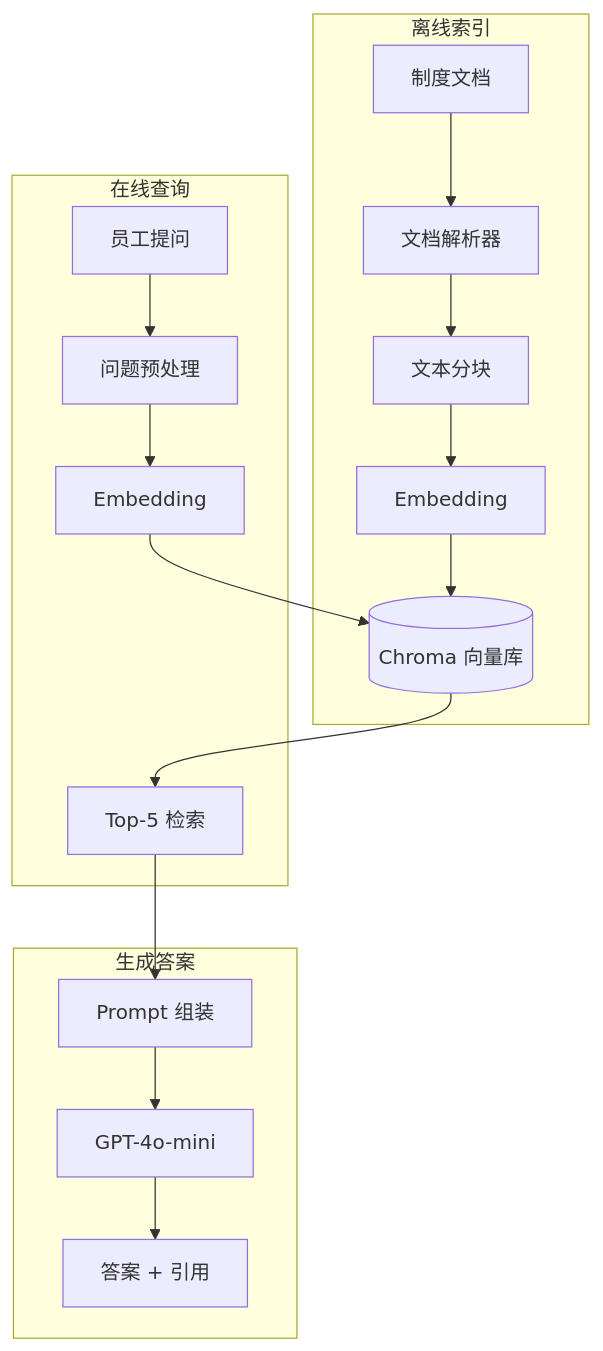
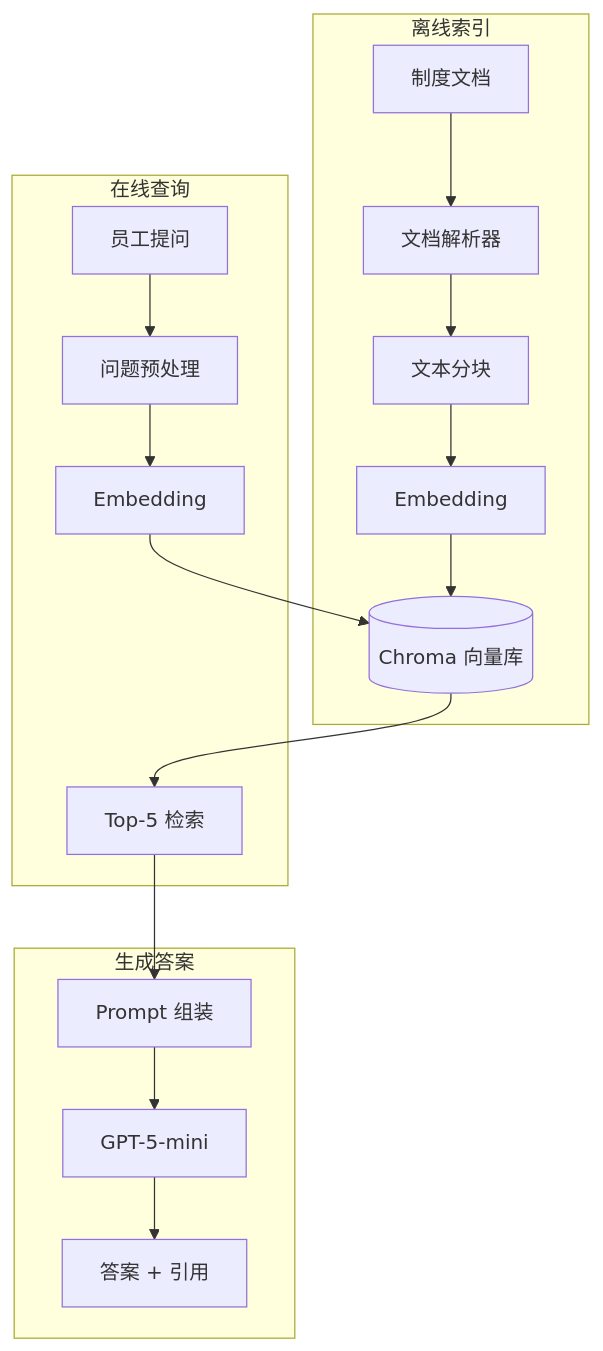
Before and after one commit to KMaybe01/interview-demo: the ninth of 18 diagrams in docs/S5-AI/03-课程实战/01-RAG全栈技术实战.md, drawn with Mermaid. The commit also changed other lines of this file and 24 other files, not shown here.

````diff
--- a/docs/S5-AI/03-课程实战/01-RAG全栈技术实战.md
+++ b/docs/S5-AI/03-课程实战/01-RAG全栈技术实战.md
@@ -560,20 +562,20 @@
 ```mermaid
 graph TB
     subgraph 离线索引
         A[制度文档] --> B[文档解析器]
         B --> C[文本分块]
         C --> D[Embedding]
         D --> E[(Chroma 向量库)]
     end
     subgraph 在线查询
         F[员工提问] --> G[问题预处理]
         G --> H[Embedding]
         H --> E
         E --> I[Top-5 检索]
     end
     subgraph 生成答案
         I --> J[Prompt 组装]
-        J --> K[GPT-4o-mini]
+        J --> K[GPT-5-mini]
         K --> L[答案 + 引用]
     end
 ```
````
